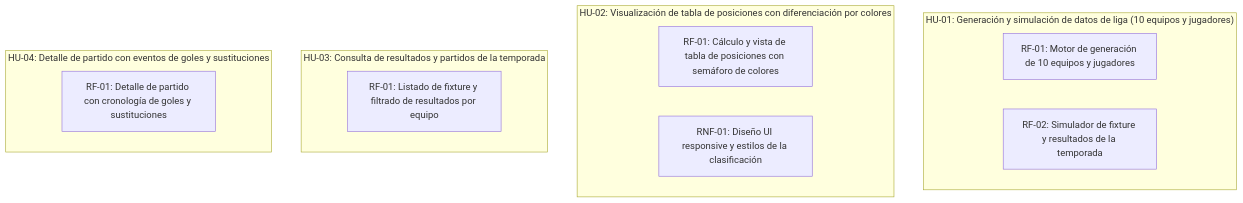
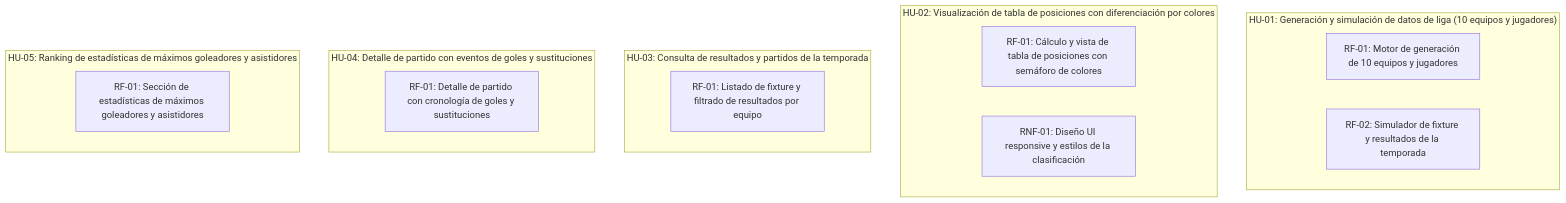
The diagram in scrumDocs/grafo.md (Agustin-PerezR/pruebas), drawn with Mermaid before and after one commit. The commit also changed other lines of this file, not shown here.

Commit message:
Auto-publish: actualiza scrumDocs/grafo.md

````diff
--- a/scrumDocs/grafo.md
+++ b/scrumDocs/grafo.md
@@ -5,17 +5,20 @@
 ```mermaid
 graph TD
   subgraph US_1789500774004["HU-01: Generación y simulación de datos de liga (10 equipos y jugadores)"]
     REQ_1789501307396["RF-01: Motor de generación de 10 equipos y jugadores"]
     REQ_1789501323521["RF-02: Simulador de fixture y resultados de la temporada"]
   end
   subgraph US_1789500801469["HU-02: Visualización de tabla de posiciones con diferenciación por colores"]
     REQ_1789501339015["RF-01: Cálculo y vista de tabla de posiciones con semáforo de colores"]
     REQ_1789501354292["RNF-01: Diseño UI responsive y estilos de la clasificación"]
   end
   subgraph US_1789500818362["HU-03: Consulta de resultados y partidos de la temporada"]
     REQ_1789501384835["RF-01: Listado de fixture y filtrado de resultados por equipo"]
   end
   subgraph US_1789500834077["HU-04: Detalle de partido con eventos de goles y sustituciones"]
     REQ_1789501399433["RF-01: Detalle de partido con cronología de goles y sustituciones"]
   end
+  subgraph US_1789500850317["HU-05: Ranking de estadísticas de máximos goleadores y asistidores"]
+    REQ_1789501414613["RF-01: Sección de estadísticas de máximos goleadores y asistidores"]
+  end
 ```
````
